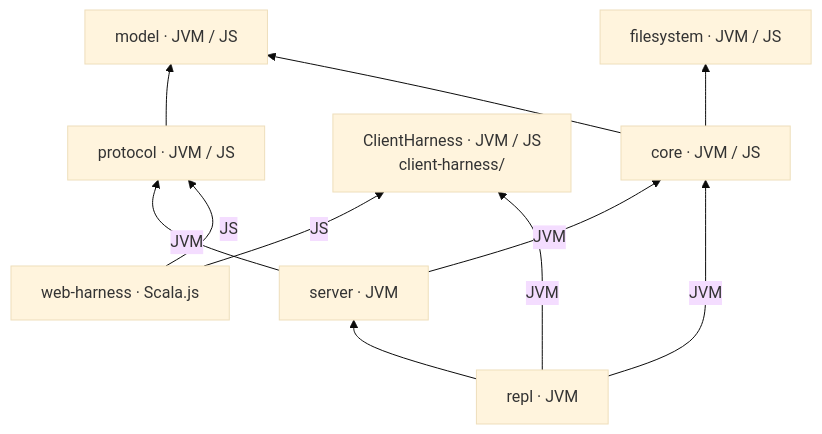
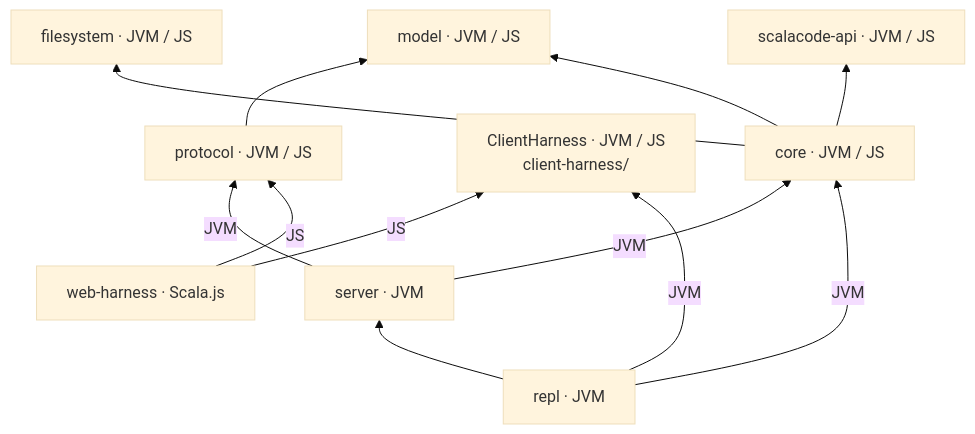
Before and after one commit to FabioPinheiro/yallmo: the diagram in README.md, drawn with Mermaid (base theme). The commit also changed other lines of this file and 30 other files, not shown here.

````diff
--- a/README.md
+++ b/README.md
@@ -65,13 +69,14 @@
 ```mermaid
 flowchart BT
     repl["repl · JVM"] --> server["server · JVM"]
     repl -->|JVM| core["core · JVM / JS"]
     repl -->|JVM| harness["ClientHarness · JVM / JS<br/>client-harness/"]
     web["web-harness · Scala.js"] -->|JS| harness
     web -->|JS| protocol["protocol · JVM / JS"]
     server -->|JVM| core
     server -->|JVM| protocol
     core --> model["model · JVM / JS"]
     core --> filesystem["filesystem · JVM / JS"]
+    core --> scalaApi["scalacode-api · JVM / JS"]
     protocol --> model
 ```
````
